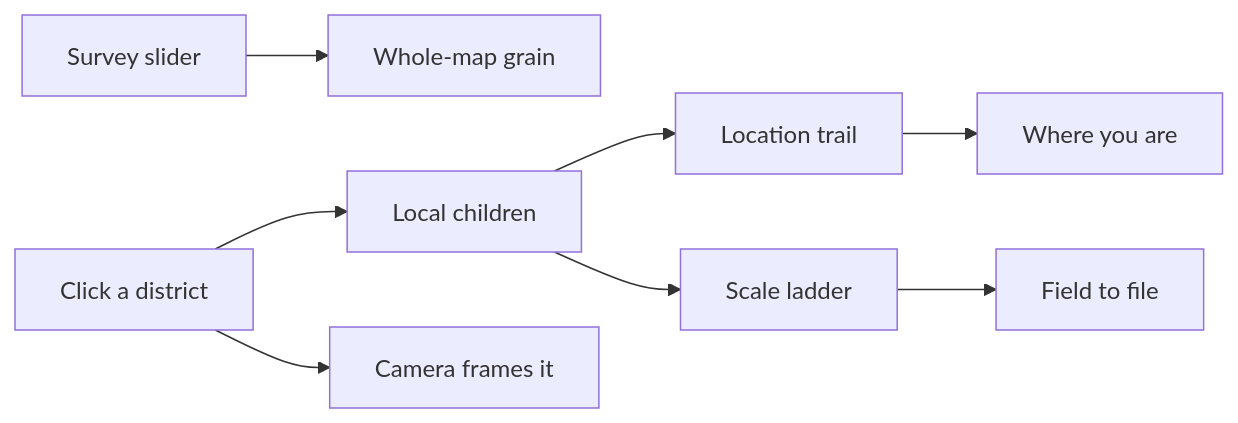
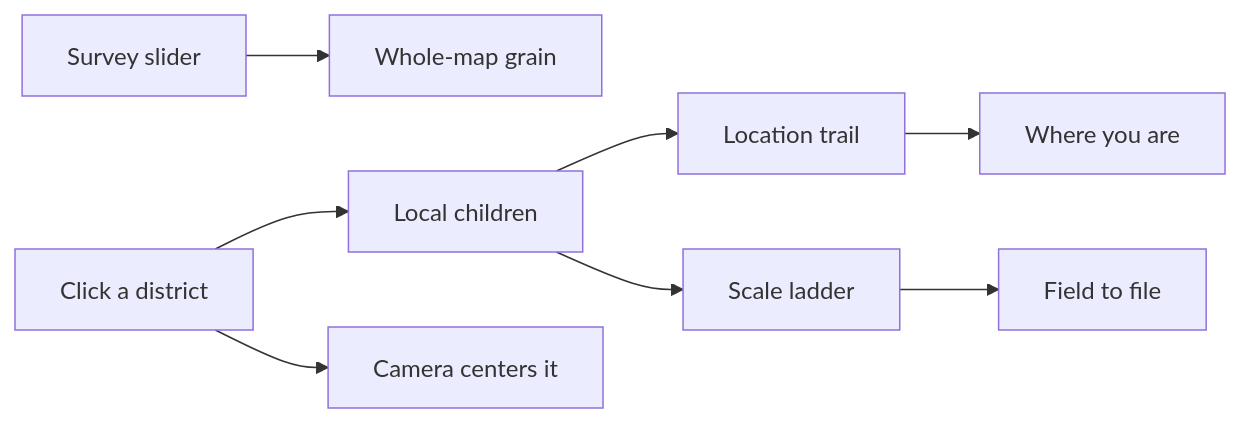
Before and after one commit to Volpestyle/codebase-atlas: the fourth of 4 diagrams in README.md, drawn with Mermaid. The commit also changed other lines of this file and 32 other files, not shown here.

````diff
--- a/README.md
+++ b/README.md
@@ -76,10 +102,10 @@
 ```mermaid
 flowchart LR
   Survey[Survey slider] --> Field[Whole-map grain]
   Focus[Click a district] --> Peek[Local children]
-  Focus --> Frame[Camera frames it]
+  Focus --> Center[Camera centers it]
   Trail[Location trail] --> Path[Where you are]
   Scale[Scale ladder] --> Grain[Field to file]
   Peek --> Trail
   Peek --> Scale
 ```
````
